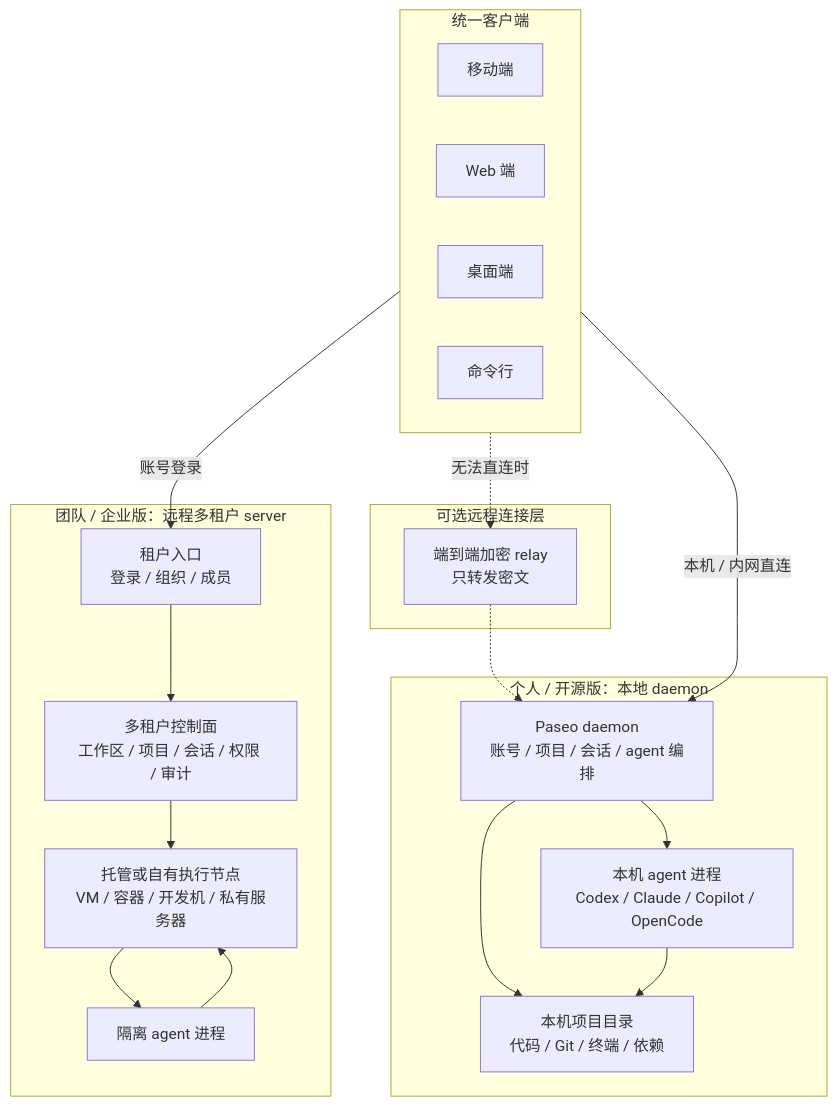
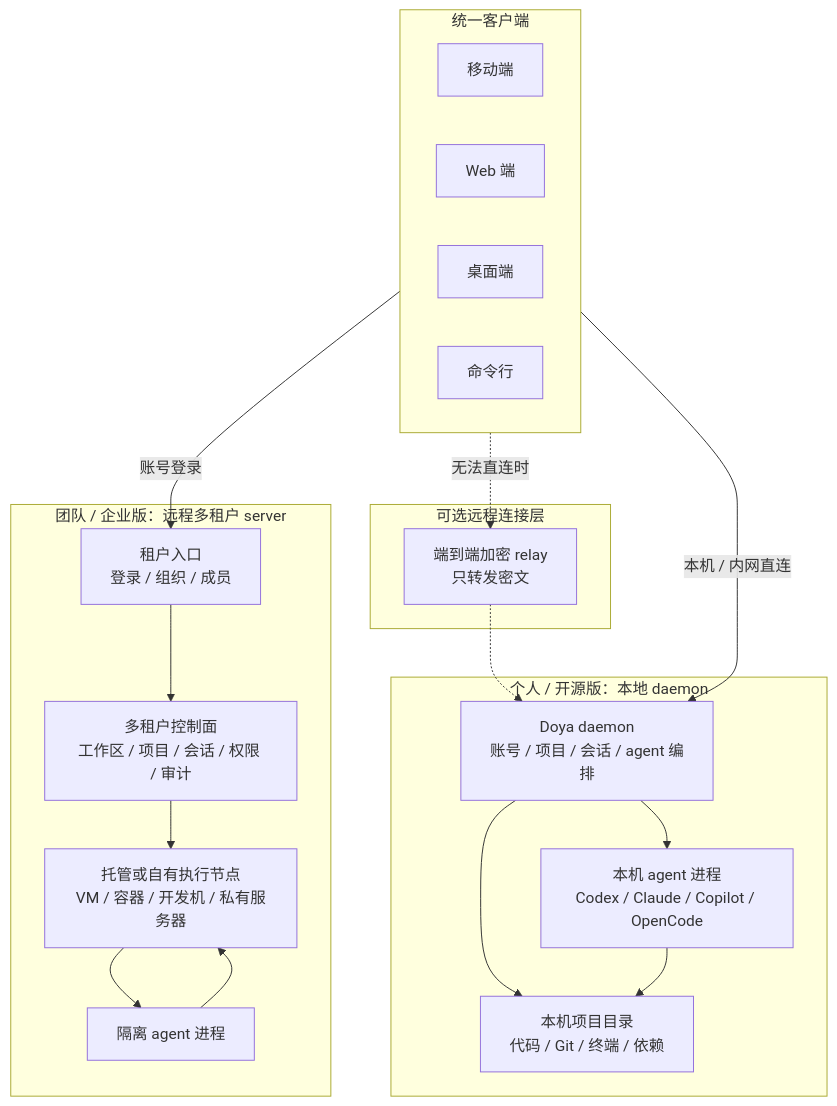
Before and after one commit to Mrxyy/Doya: the second of 8 diagrams in docs/investor-demo/architecture-diagrams.md, drawn with Mermaid. The commit also changed other lines of this file and 42 other files, not shown here.

````diff
--- a/docs/investor-demo/architecture-diagrams.md
+++ b/docs/investor-demo/architecture-diagrams.md
@@ -34,41 +34,41 @@
 ```mermaid
 flowchart TB
   subgraph Clients["统一客户端"]
     Mobile["移动端"]
     Web["Web 端"]
     Desktop["桌面端"]
     CLI["命令行"]
   end
 
   subgraph LocalMode["个人 / 开源版：本地 daemon"]
-    LocalDaemon["Paseo daemon<br/>账号 / 项目 / 会话 / agent 编排"]
+    LocalDaemon["Doya daemon<br/>账号 / 项目 / 会话 / agent 编排"]
     LocalWorkspace["本机项目目录<br/>代码 / Git / 终端 / 依赖"]
     LocalAgents["本机 agent 进程<br/>Codex / Claude / Copilot / OpenCode"]
   end
 
   subgraph CloudMode["团队 / 企业版：远程多租户 server"]
     TenantGateway["租户入口<br/>登录 / 组织 / 成员"]
     TenantControl["多租户控制面<br/>工作区 / 项目 / 会话 / 权限 / 审计"]
     HostedRuntime["托管或自有执行节点<br/>VM / 容器 / 开发机 / 私有服务器"]
     TenantAgents["隔离 agent 进程"]
   end
 
   subgraph Relay["可选远程连接层"]
     E2EE["端到端加密 relay<br/>只转发密文"]
   end
 
   Clients -->|"本机 / 内网直连"| LocalDaemon
   Clients -.->|"无法直连时"| E2EE
   E2EE -.-> LocalDaemon
 
   Clients -->|"账号登录"| TenantGateway
   TenantGateway --> TenantControl
   TenantControl --> HostedRuntime
 
   LocalDaemon --> LocalWorkspace
   LocalDaemon --> LocalAgents
   LocalAgents --> LocalWorkspace
 
   HostedRuntime --> TenantAgents
   TenantAgents --> HostedRuntime
 ```
````
